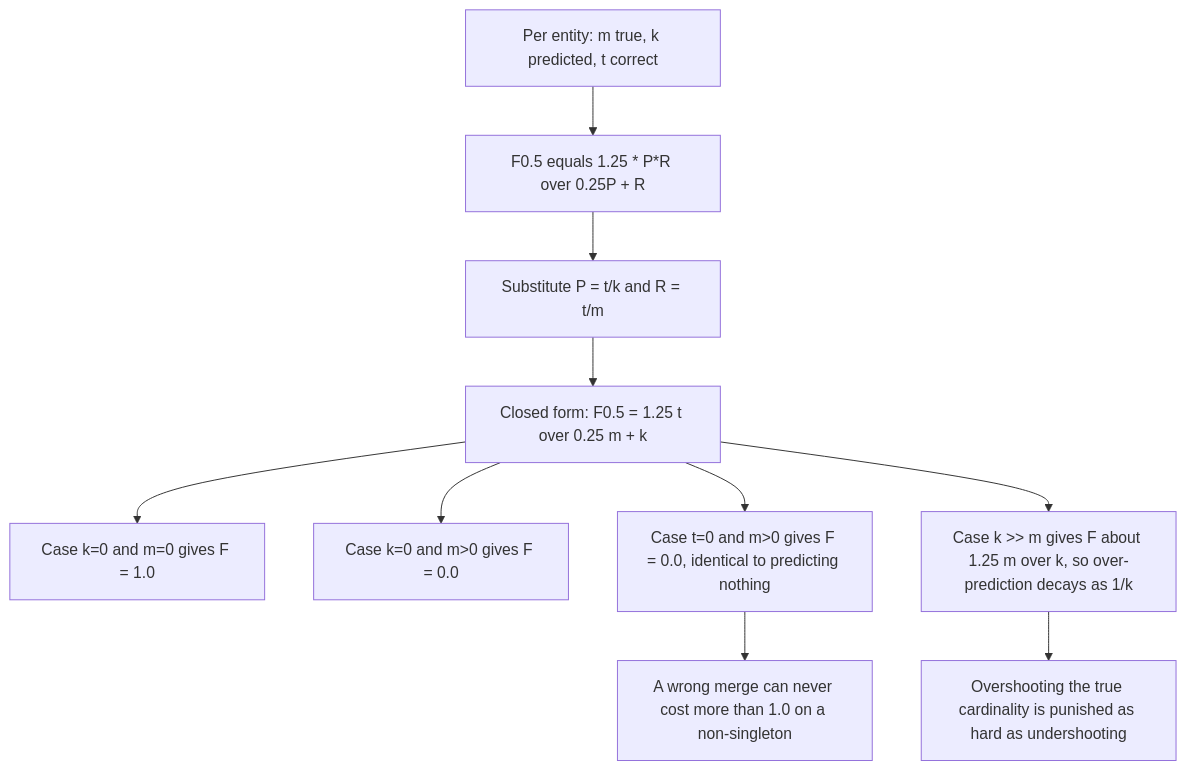
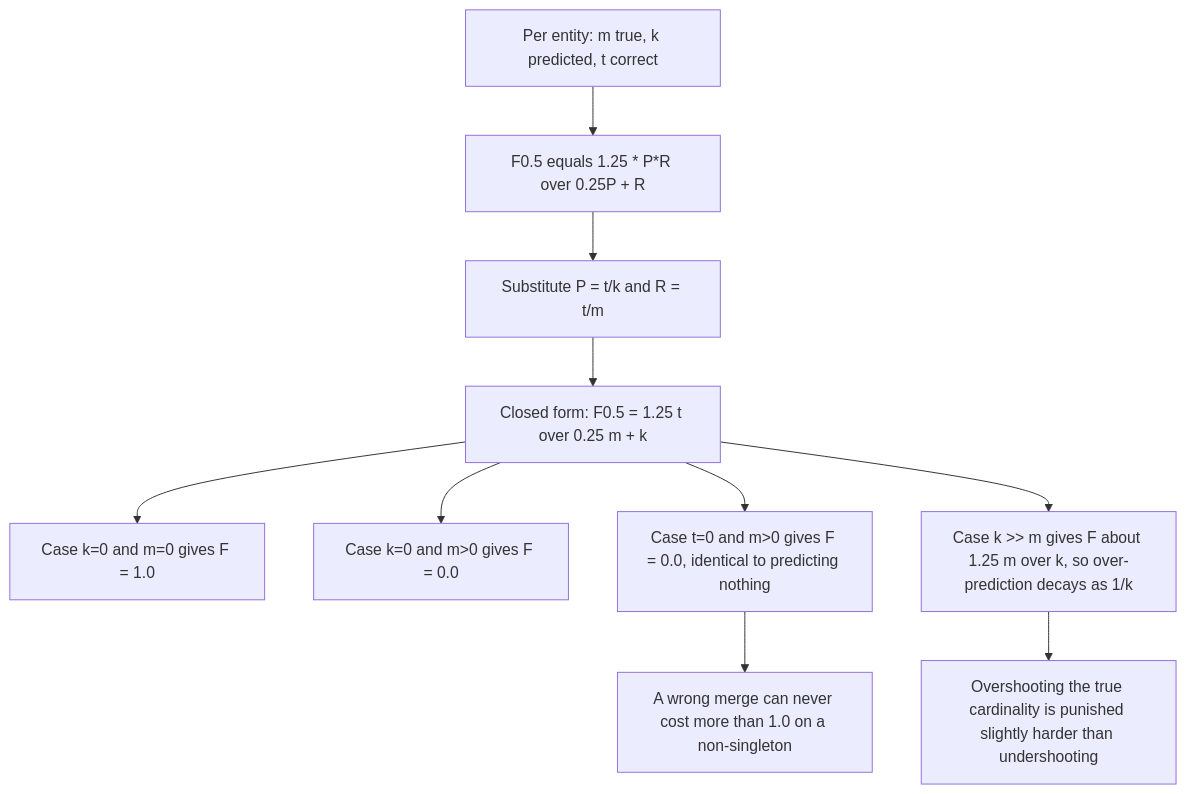
One commit to SoulBreaker9/Team-Diamond changed the second of 7 diagrams in suggestion.md. Above: the diagram before and after it, drawn with Mermaid. The commit also changed other lines of this file and 30 other files, not shown here.

````diff
--- a/suggestion.md
+++ b/suggestion.md
@@ -116,12 +298,12 @@
 ```mermaid
 flowchart TD
     A["Per entity: m true, k predicted, t correct"] --> B["F0.5 equals 1.25 * P*R over 0.25P + R"]
     B --> C["Substitute P = t/k and R = t/m"]
     C --> D["Closed form: F0.5 = 1.25 t over 0.25 m + k"]
     D --> E["Case k=0 and m=0 gives F = 1.0"]
     D --> F["Case k=0 and m>0 gives F = 0.0"]
     D --> G["Case t=0 and m>0 gives F = 0.0, identical to predicting nothing"]
     G --> H["A wrong merge can never cost more than 1.0 on a non-singleton"]
     D --> I["Case k >> m gives F about 1.25 m over k, so over-prediction decays as 1/k"]
-    I --> J["Overshooting the true cardinality is punished as hard as undershooting"]
+    I --> J["Overshooting the true cardinality is punished slightly harder than undershooting"]
 ```
````
